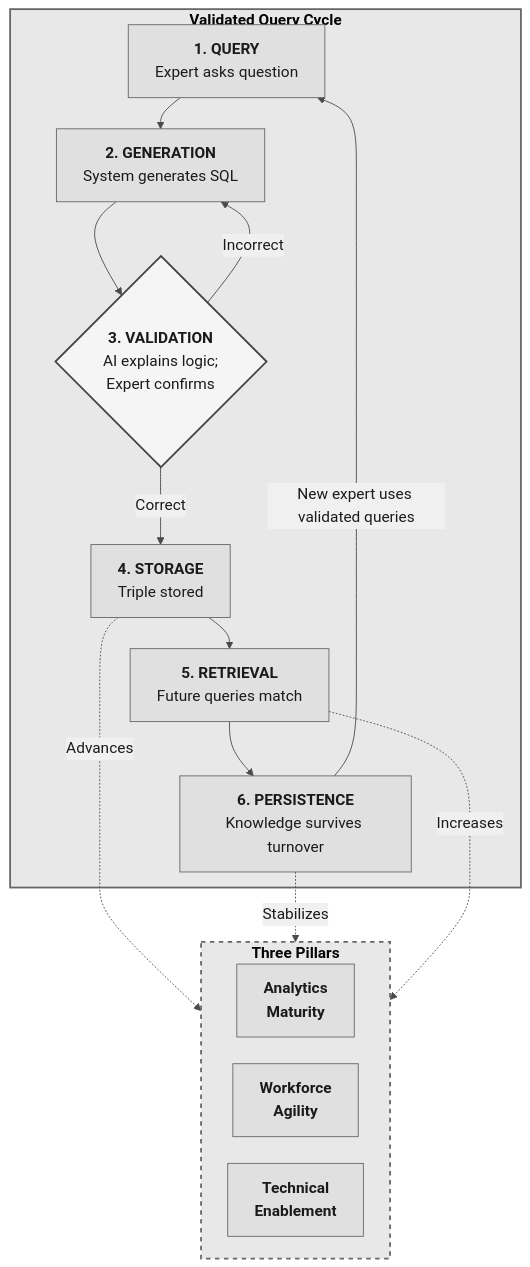
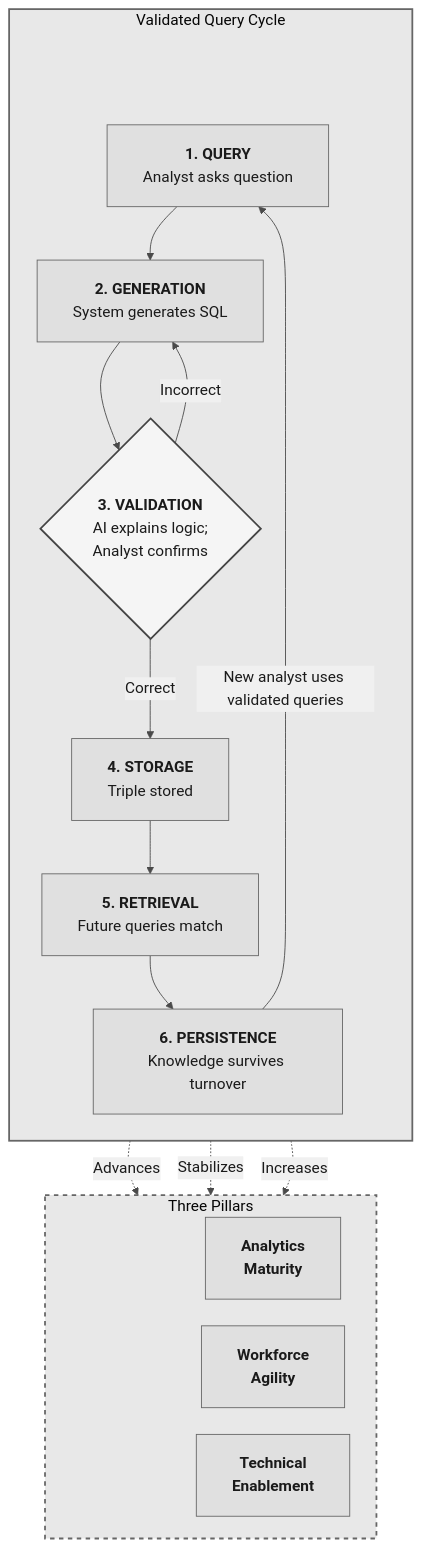
Before and after one commit to stharrold/yuimedi-paper-20250901: the diagram in figures/knowledge-cycle.mmd, drawn with Mermaid. The commit also changed 5 other files, not shown here.

First line of the commit message:
fix(paper): Figure 2 use "analyst" not "expert", fix obscured subgraph titles

```diff
--- a/figures/knowledge-cycle.mmd
+++ b/figures/knowledge-cycle.mmd
@@ -1,38 +1,43 @@
-%%{init: {'theme': 'base', 'flowchart': {'useMaxWidth': false, 'markdownAutoWrap': false, 'nodeSpacing': 30, 'rankSpacing': 35}, 'themeVariables': { 'primaryColor': '#e0e0e0', 'primaryTextColor': '#1a1a1a', 'primaryBorderColor': '#666', 'lineColor': '#4a4a4a', 'secondaryColor': '#f0f0f0', 'tertiaryColor': '#fafafa', 'fontFamily': 'Arial, sans-serif', 'fontSize': '13pt'}}}%%
+%%{init: {'theme': 'base', 'flowchart': {'useMaxWidth': false, 'markdownAutoWrap': false, 'nodeSpacing': 30, 'rankSpacing': 35, 'padding': 20}, 'themeVariables': { 'primaryColor': '#e0e0e0', 'primaryTextColor': '#1a1a1a', 'primaryBorderColor': '#666', 'lineColor': '#4a4a4a', 'secondaryColor': '#f0f0f0', 'tertiaryColor': '#fafafa', 'fontFamily': 'Arial, sans-serif', 'fontSize': '13pt'}}}%%
 flowchart TB
-    %% Validated Query Cycle - Compact version
+    %% Validated Query Cycle
 
-    subgraph CYCLE["<b>Validated Query Cycle</b>"]
-        Q["<b>1. QUERY</b><br/>Expert asks question"]
+    subgraph CYCLE["Validated Query Cycle"]
+        direction TB
+        CYCLE_PAD[ ] ~~~ Q
+        Q["<b>1. QUERY</b><br/>Analyst asks question"]
         G["<b>2. GENERATION</b><br/>System generates SQL"]
-        V{"<b>3. VALIDATION</b><br/>AI explains logic;<br/>Expert confirms"}
+        V{"<b>3. VALIDATION</b><br/>AI explains logic;<br/>Analyst confirms"}
         S["<b>4. STORAGE</b><br/>Triple stored"]
         R["<b>5. RETRIEVAL</b><br/>Future queries match"]
         P["<b>6. PERSISTENCE</b><br/>Knowledge survives turnover"]
     end
 
-    subgraph PILLARS["<b>Three Pillars</b>"]
+    subgraph PILLARS["Three Pillars"]
         direction LR
+        PILLARS_PAD[ ] ~~~ M
         M["<b>Analytics<br/>Maturity</b>"]
         T["<b>Workforce<br/>Agility</b>"]
         B["<b>Technical<br/>Enablement</b>"]
     end
 
     %% Main cycle flow
     Q --> G --> V
     V -->|"Correct"| S --> R --> P
     V -->|"Incorrect"| G
-    P -->|"New expert uses validated queries"| Q
+    P -->|"New analyst uses validated queries"| Q
 
     %% How cycle advances each pillar
     S -.->|"Advances"| M
     P -.->|"Stabilizes"| T
     R -.->|"Increases"| B
 
     %% Styling
     classDef group fill:#e8e8e8,stroke:#666,stroke-width:2px
     classDef dashedGroup fill:#e8e8e8,stroke:#666,stroke-width:2px,stroke-dasharray:5 5
     classDef decision fill:#f5f5f5,stroke:#444,stroke-width:2px
+    classDef invisible fill:none,stroke:none,color:transparent
     class CYCLE group
     class PILLARS dashedGroup
     class V decision
+    class CYCLE_PAD,PILLARS_PAD invisible
```
